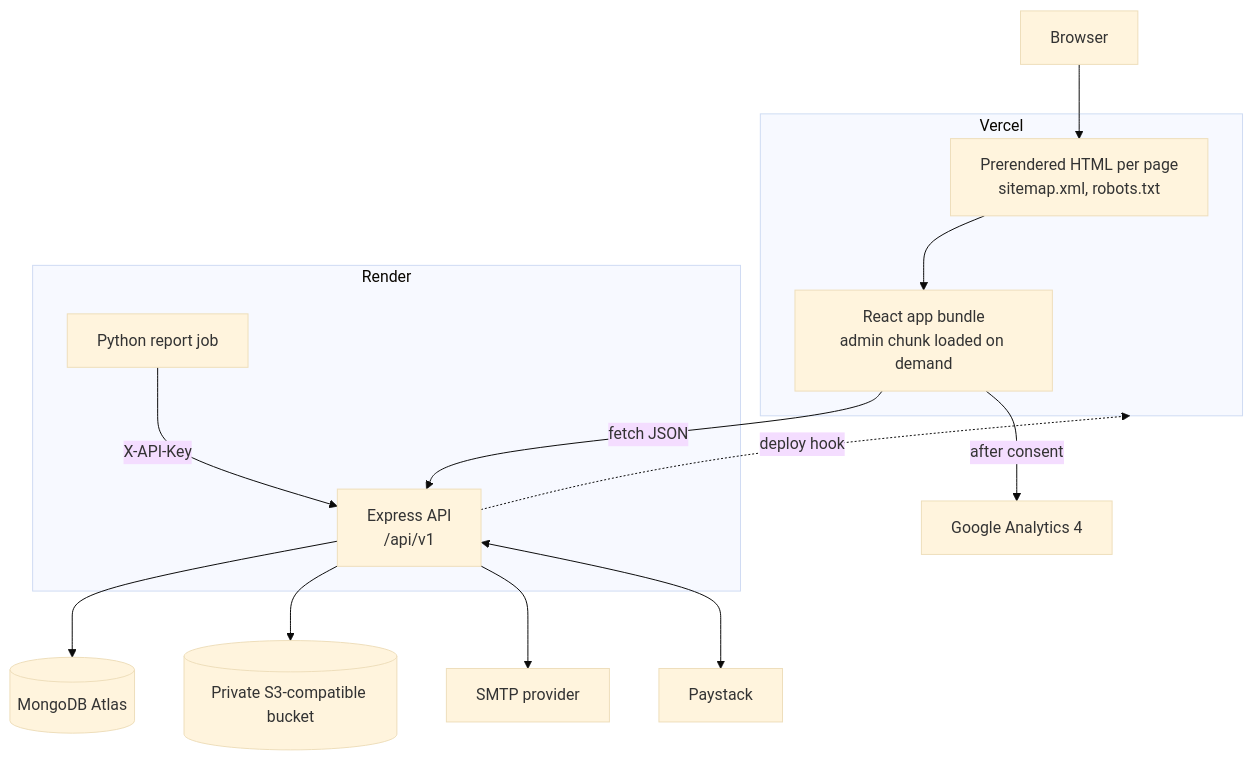
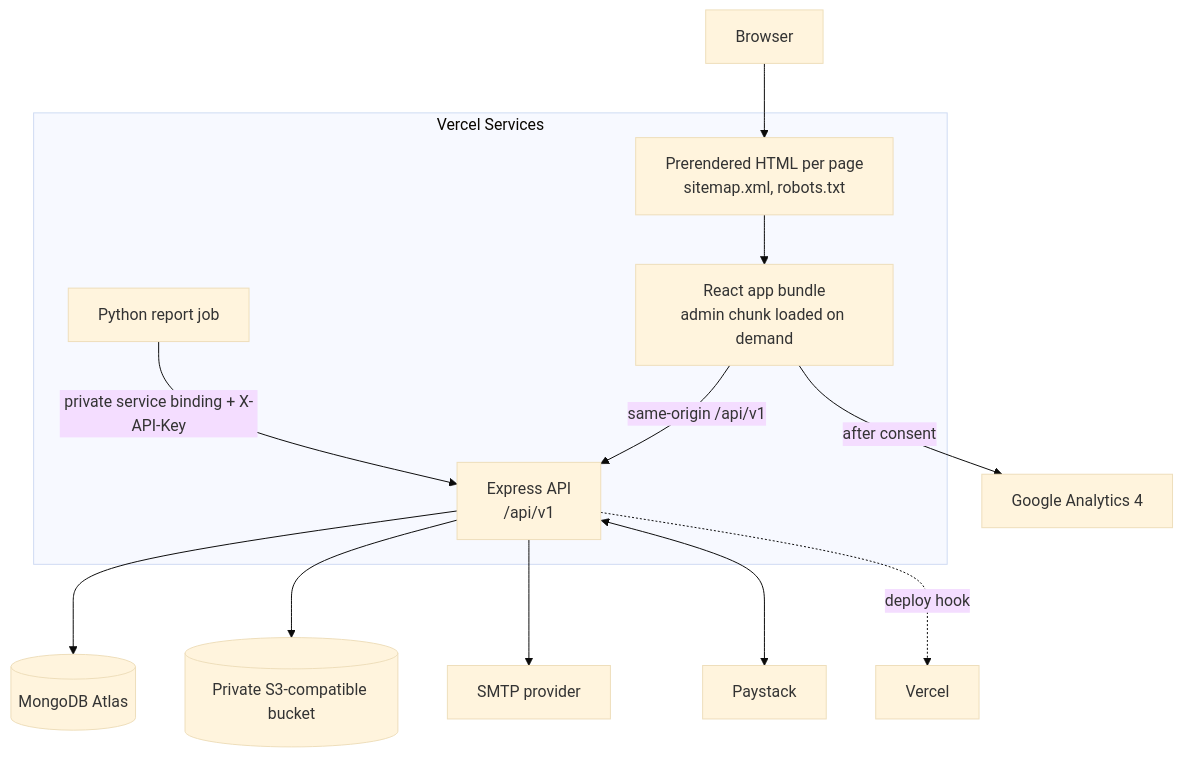
Before and after one commit to steveapp531/appilabs: the first of 3 diagrams in ARCHITECTURE.md, drawn with Mermaid (base theme). The commit also changed other lines of this file and 16 other files, not shown here.

Commit message:
Configure Vercel multi-service deployment

````diff
--- a/ARCHITECTURE.md
+++ b/ARCHITECTURE.md
@@ -13,26 +13,24 @@
 ```mermaid
 flowchart TB
-  subgraph Vercel
+  subgraph Vercel Services
     STATIC[Prerendered HTML per page<br/>sitemap.xml, robots.txt]
     SPA[React app bundle<br/>admin chunk loaded on demand]
-  end
-  subgraph Render
     API[Express API<br/>/api/v1]
     CRON[Python report job]
   end
   DB[(MongoDB Atlas)]
   OBJ[(Private S3-compatible bucket)]
   PAY[Paystack]
   MAIL[SMTP provider]
   GA[Google Analytics 4]
 
   Browser --> STATIC --> SPA
-  SPA -- fetch JSON --> API
+  SPA -- same-origin /api/v1 --> API
   SPA -- after consent --> GA
   API --> DB
   API --> OBJ
   API --> MAIL
   API <--> PAY
-  CRON -- X-API-Key --> API
+  CRON -- private service binding + X-API-Key --> API
   API -. deploy hook .-> Vercel
 ```
````
